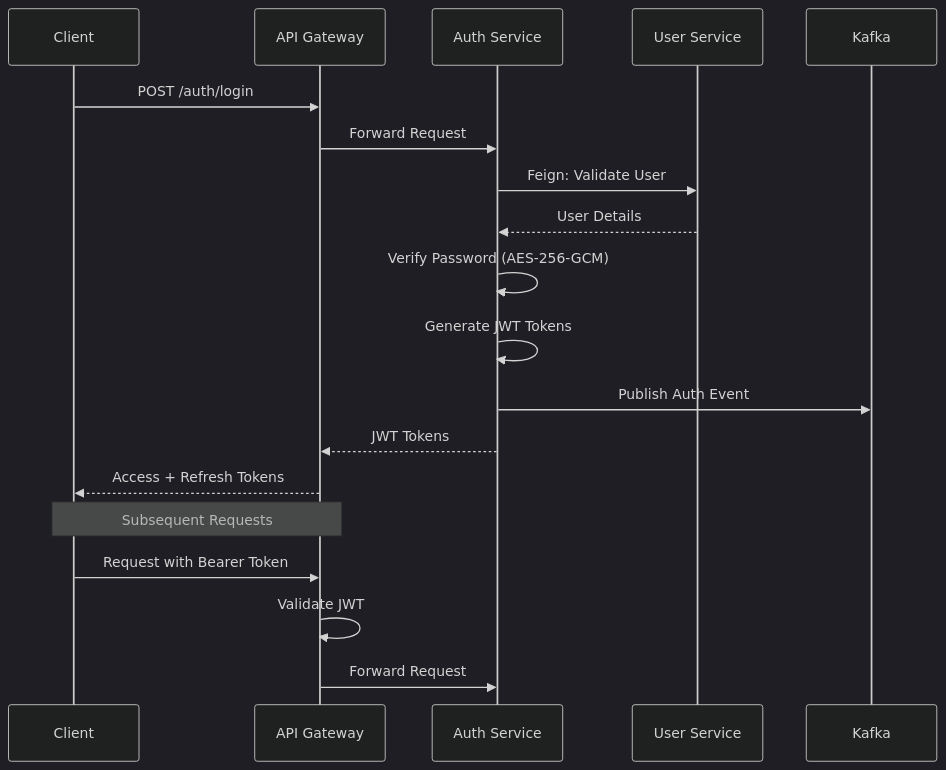
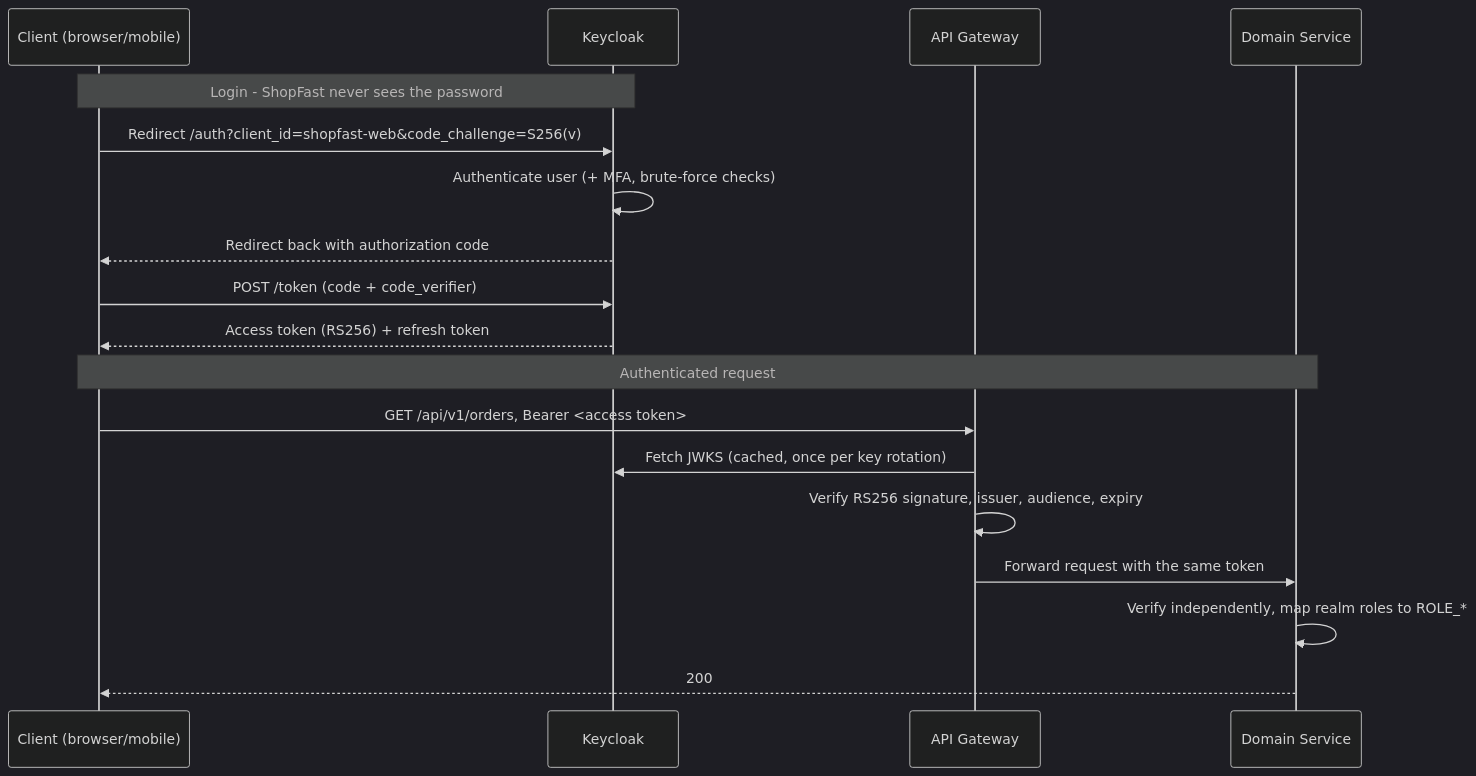
Before and after one commit to JunaidIshaq/ecommerce: the fourth of 5 diagrams in backend/common-lib/README.md, drawn with Mermaid (dark theme). The commit also changed other lines of this file and 519 other files, not shown here.

Commit message:
Added Keycloak service

````diff
--- a/backend/common-lib/README.md
+++ b/backend/common-lib/README.md
@@ -678,25 +687,22 @@
 ```mermaid
 sequenceDiagram
-    participant C as Client
+    participant C as Client (browser/mobile)
+    participant KC as Keycloak
     participant GW as API Gateway
-    participant AUTH as Auth Service
-    participant USER as User Service
-    participant K as Kafka
+    participant SVC as Domain Service
 
-    C->>GW: POST /auth/login
-    GW->>AUTH: Forward Request
+    Note over C,KC: Login - ShopFast never sees the password
+    C->>KC: Redirect /auth?client_id=shopfast-web&code_challenge=S256(v)
+    KC->>KC: Authenticate user (+ MFA, brute-force checks)
+    KC-->>C: Redirect back with authorization code
+    C->>KC: POST /token (code + code_verifier)
+    KC-->>C: Access token (RS256) + refresh token
 
-    AUTH->>USER: Feign: Validate User
-    USER-->>AUTH: User Details
-
-    AUTH->>AUTH: Verify Password (AES-256-GCM)
-    AUTH->>AUTH: Generate JWT Tokens
-    AUTH->>K: Publish Auth Event
-    AUTH-->>GW: JWT Tokens
-    GW-->>C: Access + Refresh Tokens
-
-    Note over C,GW: Subsequent Requests
-    C->>GW: Request with Bearer Token
-    GW->>GW: Validate JWT
-    GW->>AUTH: Forward Request
+    Note over C,SVC: Authenticated request
+    C->>GW: GET /api/v1/orders, Bearer <access token>
+    GW->>KC: Fetch JWKS (cached, once per key rotation)
+    GW->>GW: Verify RS256 signature, issuer, audience, expiry
+    GW->>SVC: Forward request with the same token
+    SVC->>SVC: Verify independently, map realm roles to ROLE_*
+    SVC-->>C: 200
 ```
````
